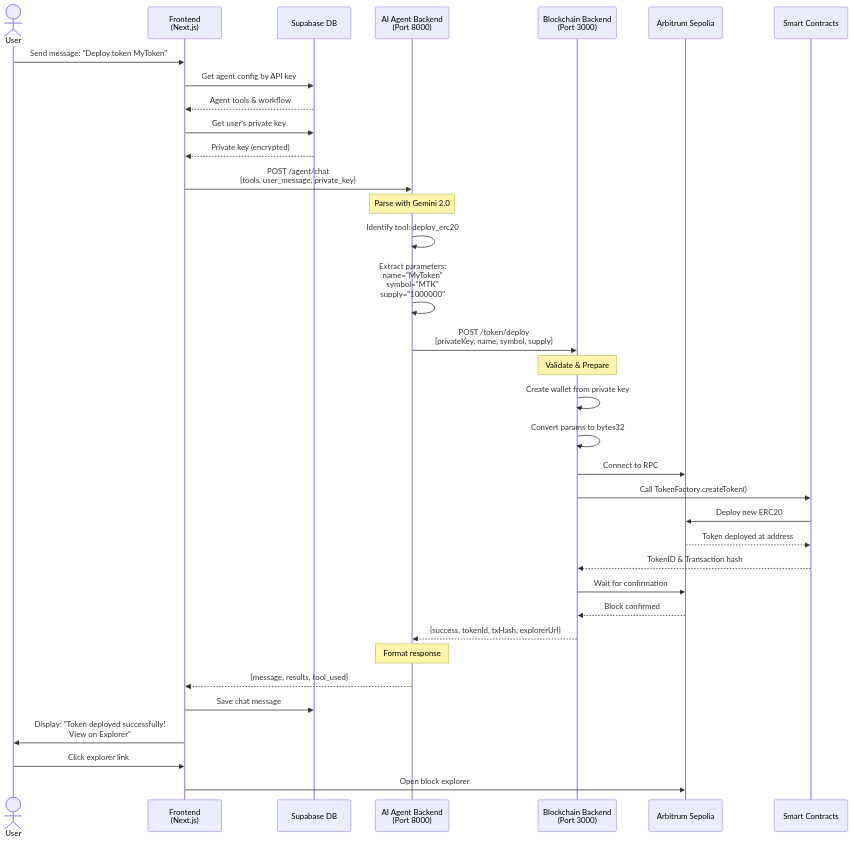
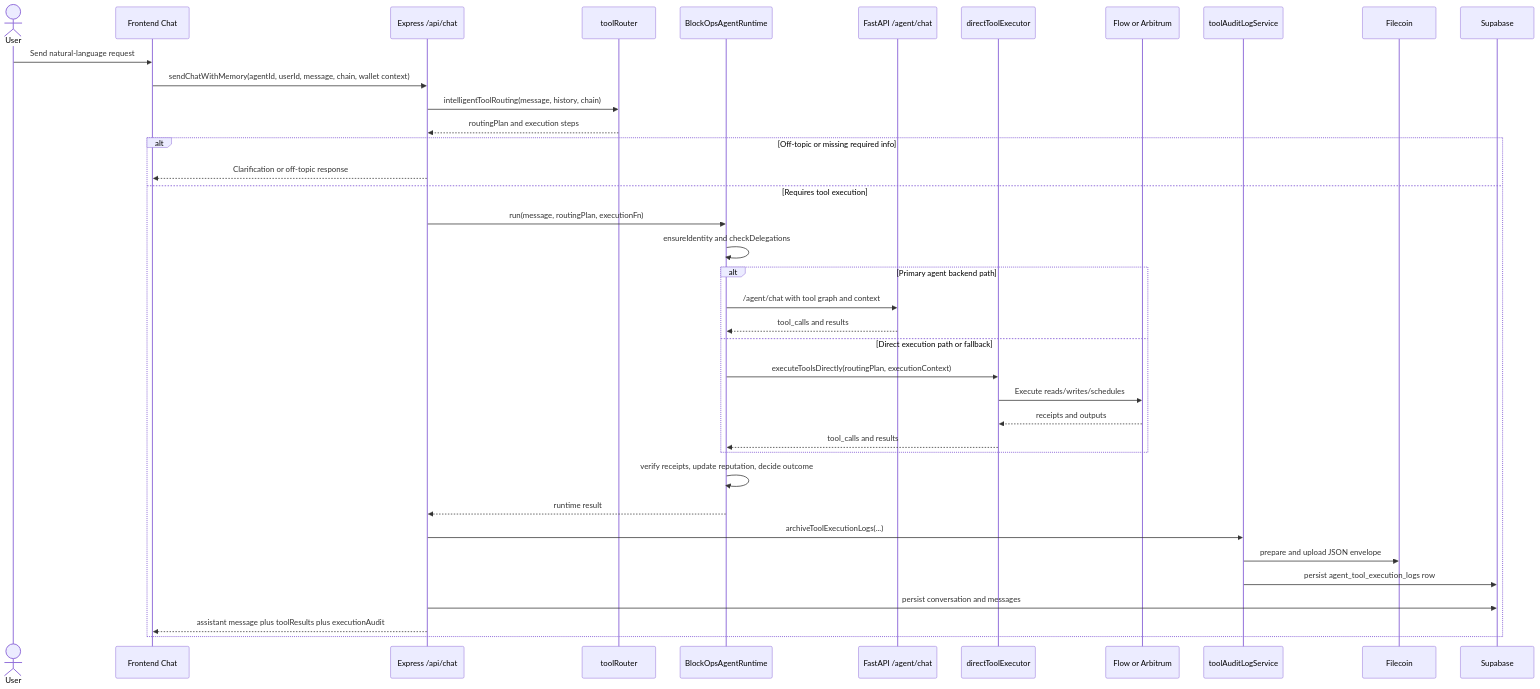
One commit to Jayesh-Kr/BlockOPS changed the third of 15 diagrams in WORKFLOW_DIAGRAM.md. Above: the diagram before and after it, drawn with Mermaid. The commit also changed other lines of this file and 7 other files, not shown here.

````diff
--- a/WORKFLOW_DIAGRAM.md
+++ b/WORKFLOW_DIAGRAM.md
@@ -143,50 +91,44 @@
 ```mermaid
 sequenceDiagram
     actor User
-    participant Frontend as Frontend<br/>(Next.js)
-    participant DB as Supabase DB
-    participant AI as AI Agent Backend<br/>(Port 8000)
-    participant BK as Blockchain Backend<br/>(Port 3000)
-    participant Chain as Arbitrum Sepolia
-    participant Contract as Smart Contracts
-    
-    User->>Frontend: Send message: "Deploy token MyToken"
-    
-    Frontend->>DB: Get agent config by API key
-    DB-->>Frontend: Agent tools & workflow
-    
-    Frontend->>DB: Get user's private key
-    DB-->>Frontend: Private key (encrypted)
-    
-    Frontend->>AI: POST /agent/chat<br/>{tools, user_message, private_key}
-    
-    Note over AI: Parse with Gemini 2.0
-    AI->>AI: Identify tool: deploy_erc20
-    AI->>AI: Extract parameters:<br/>name="MyToken"<br/>symbol="MTK"<br/>supply="1000000"
-    
-    AI->>BK: POST /token/deploy<br/>{privateKey, name, symbol, supply}
-    
-    Note over BK: Validate & Prepare
-    BK->>BK: Create wallet from private key
-    BK->>BK: Convert params to bytes32
-    BK->>Chain: Connect to RPC
-    
-    BK->>Contract: Call TokenFactory.createToken()
-    Contract->>Chain: Deploy new ERC20
-    Chain-->>Contract: Token deployed at address
-    Contract-->>BK: TokenID & Transaction hash
-    
-    BK->>Chain: Wait for confirmation
-    Chain-->>BK: Block confirmed
-    
-    BK-->>AI: {success, tokenId, txHash, explorerUrl}
-    
-    Note over AI: Format response
-    AI-->>Frontend: {message, results, tool_used}
-    
-    Frontend->>DB: Save chat message
-    Frontend->>User: Display: "Token deployed successfully!<br/>View on Explorer"
-    
-    User->>Frontend: Click explorer link
-    Frontend->>Chain: Open block explorer
+    participant FE as Frontend Chat
+    participant BE as Express /api/chat
+    participant ROUTER as toolRouter
+    participant RUNTIME as BlockOpsAgentRuntime
+    participant AGENT as FastAPI /agent/chat
+    participant DIRECT as directToolExecutor
+    participant CHAIN as Flow or Arbitrum
+    participant AUDIT as toolAuditLogService
+    participant FC as Filecoin
+    participant DB as Supabase
+
+    User->>FE: Send natural-language request
+    FE->>BE: sendChatWithMemory(agentId, userId, message, chain, wallet context)
+    BE->>ROUTER: intelligentToolRouting(message, history, chain)
+    ROUTER-->>BE: routingPlan and execution steps
+
+    alt Off-topic or missing required info
+        BE-->>FE: Clarification or off-topic response
+    else Requires tool execution
+        BE->>RUNTIME: run(message, routingPlan, executionFn)
+        RUNTIME->>RUNTIME: ensureIdentity and checkDelegations
+
+        alt Primary agent backend path
+            RUNTIME->>AGENT: /agent/chat with tool graph and context
+            AGENT-->>RUNTIME: tool_calls and results
+        else Direct execution path or fallback
+            RUNTIME->>DIRECT: executeToolsDirectly(routingPlan, executionContext)
+            DIRECT->>CHAIN: Execute reads/writes/schedules
+            CHAIN-->>DIRECT: receipts and outputs
+            DIRECT-->>RUNTIME: tool_calls and results
+        end
+
+        RUNTIME->>RUNTIME: verify receipts, update reputation, decide outcome
+        RUNTIME-->>BE: runtime result
+        BE->>AUDIT: archiveToolExecutionLogs(...)
+        AUDIT->>FC: prepare and upload JSON envelope
+        AUDIT->>DB: persist agent_tool_execution_logs row
+        BE->>DB: persist conversation and messages
+        BE-->>FE: assistant message plus toolResults plus executionAudit
+    end
 ```
````
